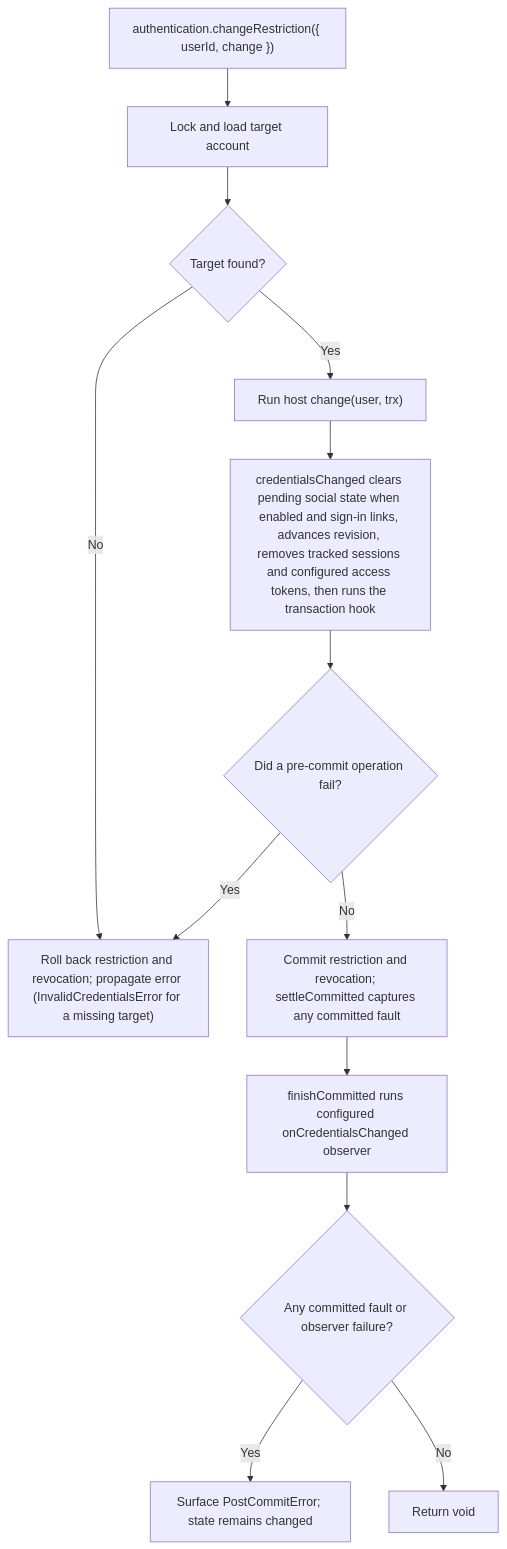
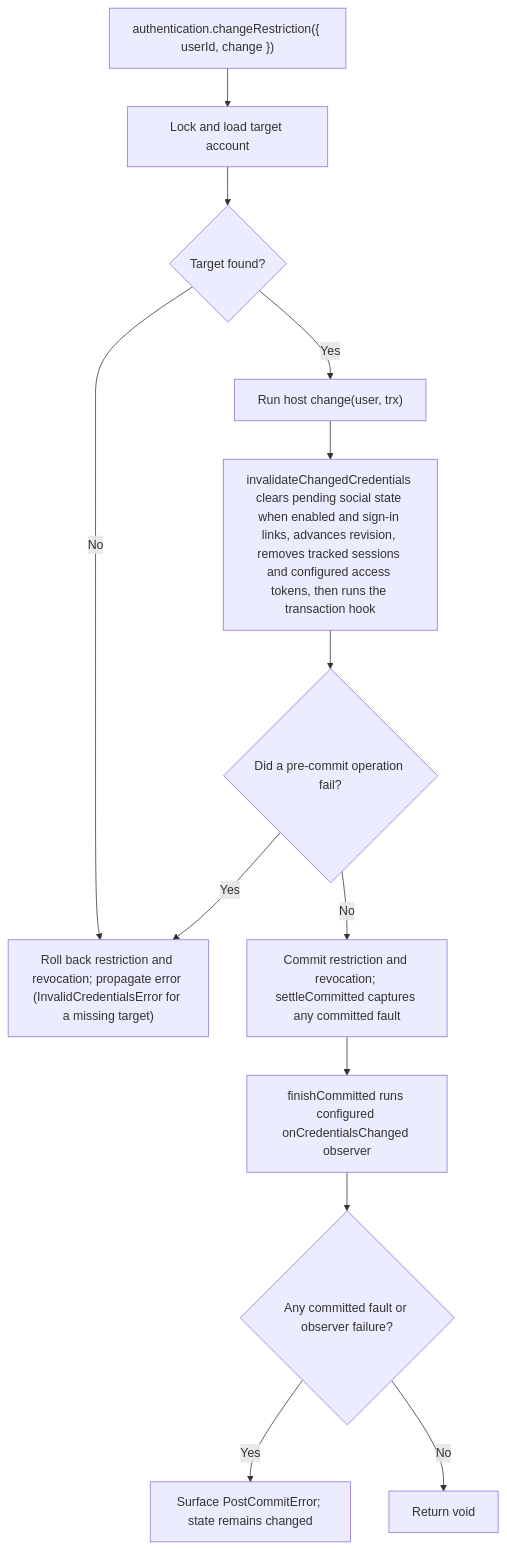
One commit to Kevinjohn/oss-adonisjs-account-kit changed the second of 2 diagrams in user-stories/US-ACCOUNT-43-change-account-restriction.md. Above: the diagram before and after it, drawn with Mermaid. The commit also changed 29 other files, not shown here.

````diff
--- a/user-stories/US-ACCOUNT-43-change-account-restriction.md
+++ b/user-stories/US-ACCOUNT-43-change-account-restriction.md
@@ -35,15 +35,15 @@
 ```mermaid
 flowchart TD
  A["authentication.changeRestriction({ userId, change })"] --> B["Lock and load target account"]
  B --> B1{"Target found?"}
  B1 -->|No| F
  B1 -->|Yes| C["Run host change(user, trx)"]
- C --> D["credentialsChanged clears pending social state when enabled and sign-in links, advances revision, removes tracked sessions and configured access tokens, then runs the transaction hook"]
+ C --> D["invalidateChangedCredentials clears pending social state when enabled and sign-in links, advances revision, removes tracked sessions and configured access tokens, then runs the transaction hook"]
  D --> E{"Did a pre-commit operation fail?"}
  E -->|Yes| F["Roll back restriction and revocation; propagate error (InvalidCredentialsError for a missing target)"]
  E -->|No| G["Commit restriction and revocation; settleCommitted captures any committed fault"]
  G --> O["finishCommitted runs configured onCredentialsChanged observer"]
  O --> H{"Any committed fault or observer failure?"}
  H -->|Yes| I["Surface PostCommitError; state remains changed"]
  H -->|No| J["Return void"]
 ```
````
